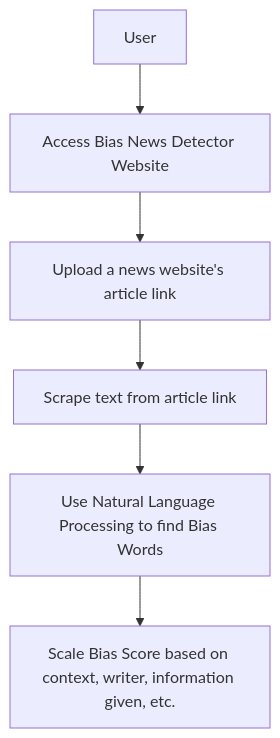
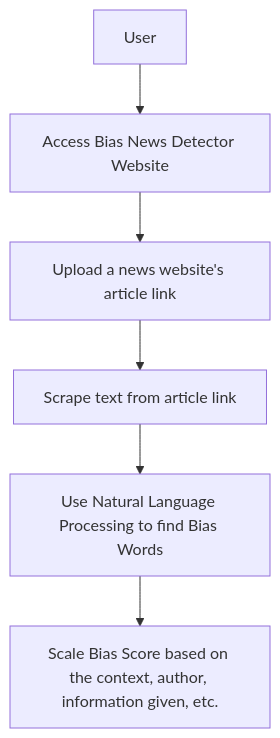
Before and after one commit to JordanDotPy/Senior_Capstone: the third of 3 diagrams in homeworks/assignment4_design_diagrams.md, drawn with Mermaid. The commit also changed other lines of this file, not shown here.

````diff
--- a/homeworks/assignment4_design_diagrams.md
+++ b/homeworks/assignment4_design_diagrams.md
@@ -25,9 +25,9 @@
 ```mermaid
 graph TD;
     A[User] --> B;
     B[Access Bias News Detector Website] --> C;
     C[Upload a news website's article link] --> D;
     D[Scrape text from article link] --> E;
     E[Use Natural Language Processing to find Bias Words] --> F;
-    F[Scale Bias Score based on context, writer, information given, etc.];
+    F[Scale Bias Score based on the context, author, information given, etc.];
 ```
````
